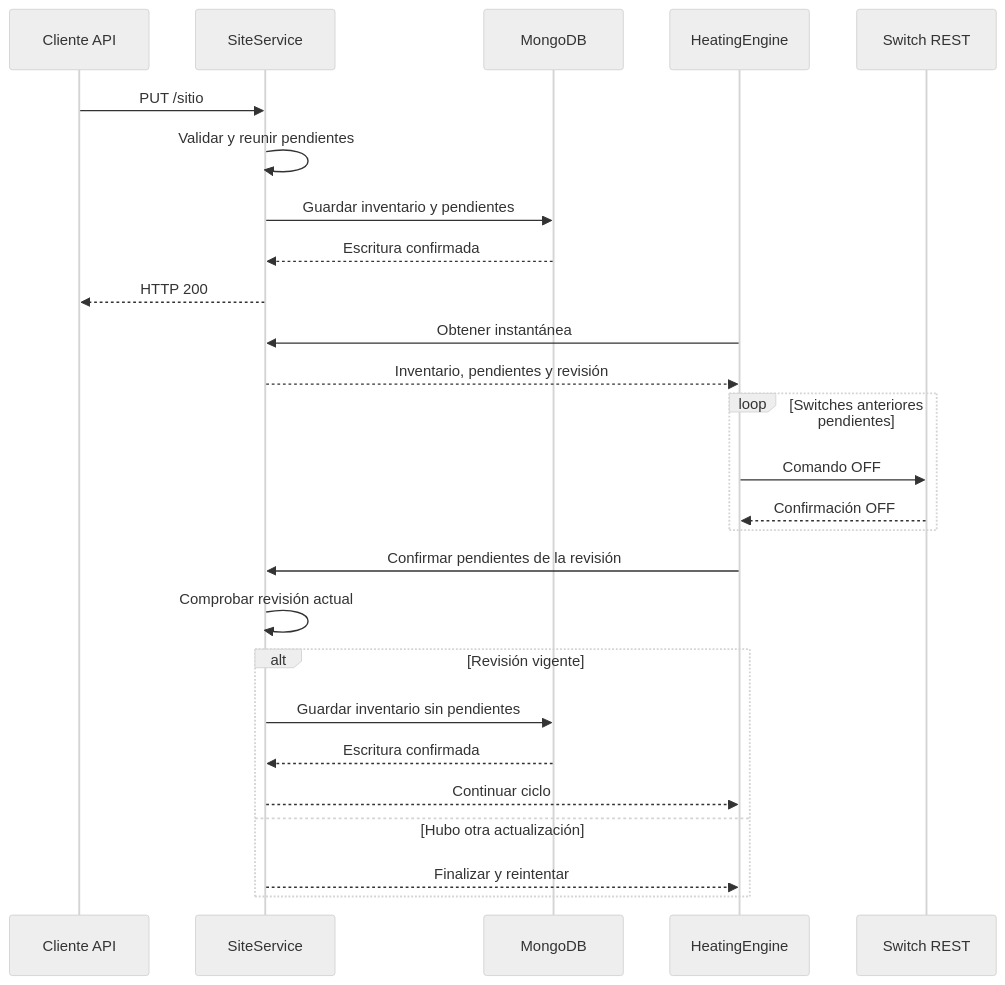
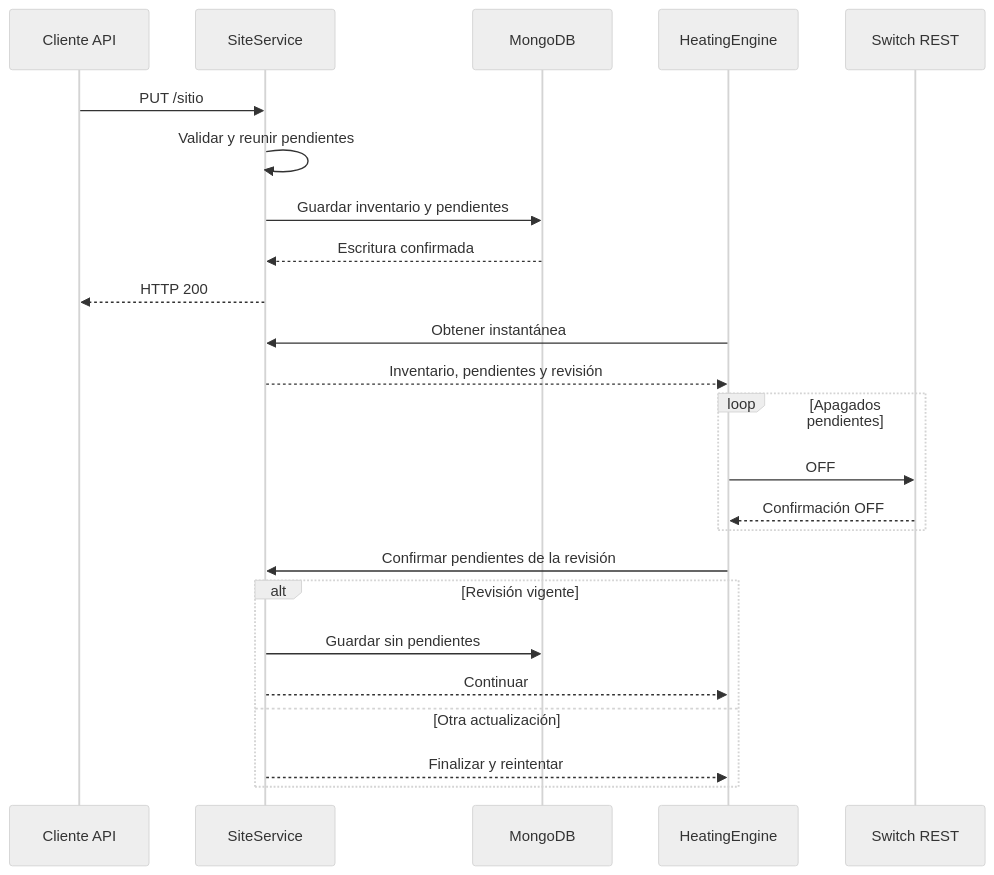
The second of 3 diagrams in docs/arquitectura/4mas1.md (BreanCasas/iiss-2026-grupo-1), drawn with Mermaid (neutral theme) before and after one commit. The commit also changed other lines of this file and 13 other files, not shown here.

````diff
--- a/docs/arquitectura/4mas1.md
+++ b/docs/arquitectura/4mas1.md
@@ -186,33 +153,31 @@
 ```mermaid
 sequenceDiagram
     participant A as Cliente API
     participant S as SiteService
     participant M as MongoDB
     participant E as HeatingEngine
     participant W as Switch REST
 
     A->>S: PUT /sitio
     S->>S: Validar y reunir pendientes
     S->>M: Guardar inventario y pendientes
     M-->>S: Escritura confirmada
     S-->>A: HTTP 200
 
     E->>S: Obtener instantánea
     S-->>E: Inventario, pendientes y revisión
 
-    loop Switches anteriores pendientes
-        E->>W: Comando OFF
+    loop Apagados pendientes
+        E->>W: OFF
         W-->>E: Confirmación OFF
     end
 
     E->>S: Confirmar pendientes de la revisión
-    S->>S: Comprobar revisión actual
 
     alt Revisión vigente
-        S->>M: Guardar inventario sin pendientes
-        M-->>S: Escritura confirmada
-        S-->>E: Continuar ciclo
-    else Hubo otra actualización
+        S->>M: Guardar sin pendientes
+        S-->>E: Continuar
+    else Otra actualización
         S-->>E: Finalizar y reintentar
     end
 ```
````
